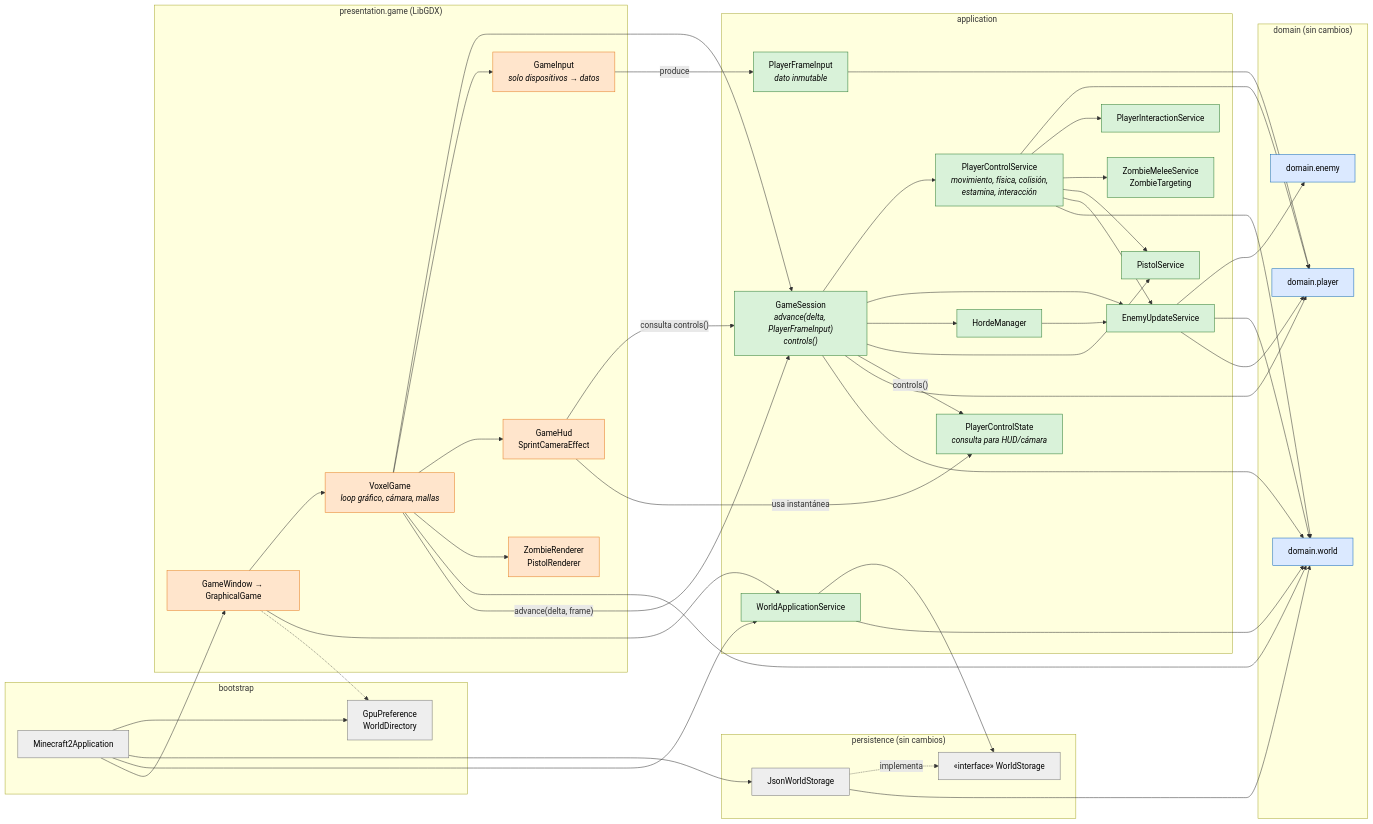
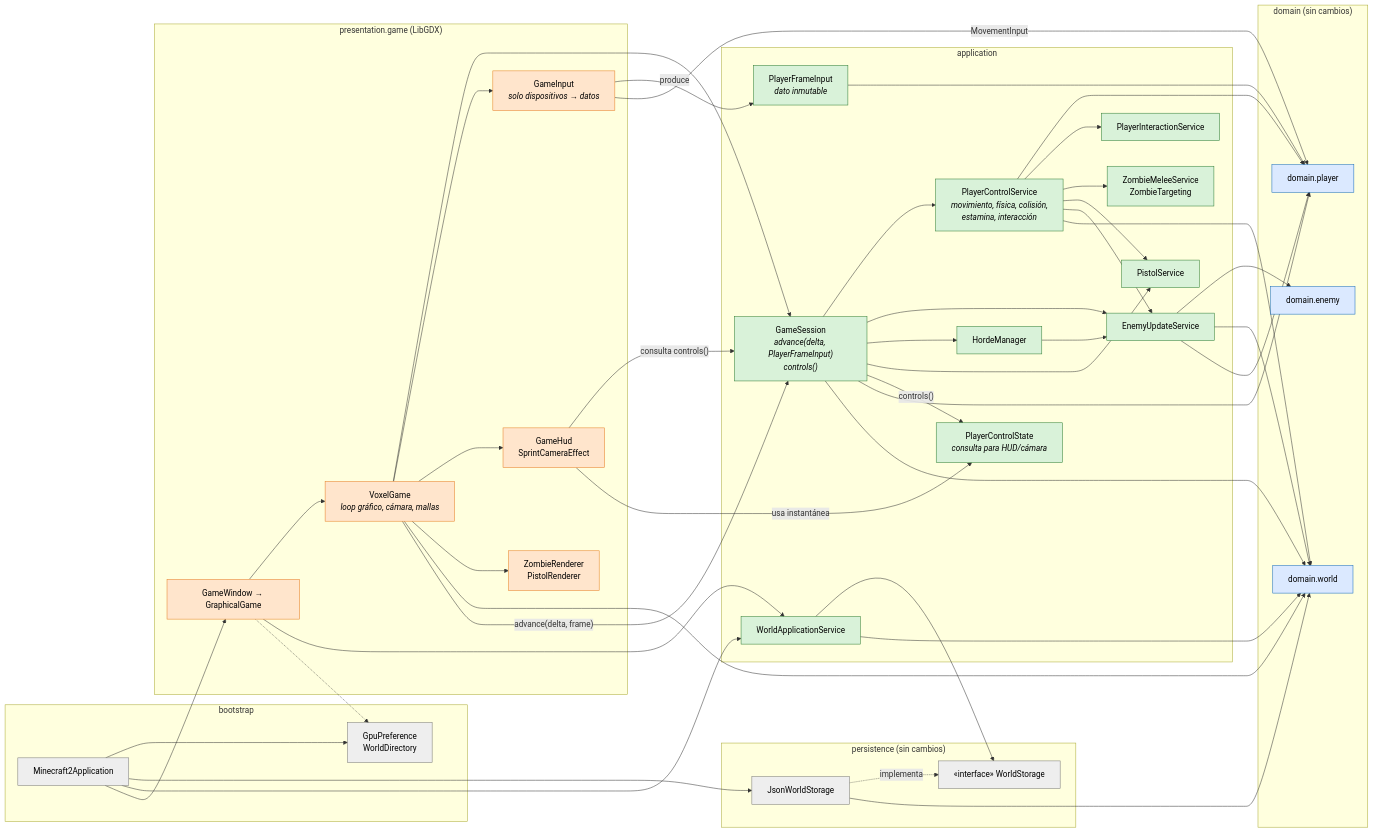
One commit to MarshallGomez1103/Mc2 changed the first of 2 diagrams in Minecraft2/docs/diagramas/recuperacion-c2/05-componentes-recuperacion.md. Above: the diagram before and after it, drawn with Mermaid. The commit also changed other lines of this file and 17 other files, not shown here.

````diff
--- a/Minecraft2/docs/diagramas/recuperacion-c2/05-componentes-recuperacion.md
+++ b/Minecraft2/docs/diagramas/recuperacion-c2/05-componentes-recuperacion.md
@@ -7,68 +7,69 @@
 ```mermaid
 flowchart LR
     subgraph boot["bootstrap"]
         main["Minecraft2Application"]
         gpu["GpuPreference<br/>WorldDirectory"]
     end
 
     subgraph pres["presentation.game (LibGDX)"]
         gui["GameWindow → GraphicalGame"]
         voxel["VoxelGame<br/><i>loop gráfico, cámara, mallas</i>"]
         input["GameInput<br/><i>solo dispositivos → datos</i>"]
         hud["GameHud<br/>SprintCameraEffect"]
         zr["ZombieRenderer<br/>PistolRenderer"]
     end
 
     subgraph app["application"]
         frame["PlayerFrameInput<br/><i>dato inmutable</i>"]
         session["GameSession<br/><i>advance(delta, PlayerFrameInput)<br/>controls()</i>"]
         control["PlayerControlService<br/><i>movimiento, física, colisión,<br/>estamina, interacción</i>"]
         cstate["PlayerControlState<br/><i>consulta para HUD/cámara</i>"]
         enemies["EnemyUpdateService"]
         horde["HordeManager"]
         pistol["PistolService"]
         melee["ZombieMeleeService<br/>ZombieTargeting"]
         inter["PlayerInteractionService"]
         wsvc["WorldApplicationService"]
     end
 
     subgraph dom["domain (sin cambios)"]
         enemy["domain.enemy"]
         player["domain.player"]
         world["domain.world"]
     end
 
     subgraph pers["persistence (sin cambios)"]
         storage["«interface» WorldStorage"]
         json["JsonWorldStorage"]
     end
 
     main --> gpu & json & wsvc & gui
     gui --> voxel & wsvc
     gui -.-> gpu
     voxel --> session & input & hud & zr & world
     input -- "produce" --> frame
+    input -- "MovementInput" --> player
     voxel -- "advance(delta, frame)" --> session
     hud -- "consulta controls()" --> session
     hud -- "usa instantánea" --> cstate
     session --> control & enemies & horde & pistol
     session -- "controls()" --> cstate
     control --> player & inter & melee & pistol & enemies & world
     frame --> player
     session --> player & world
     horde --> enemies
     enemies --> enemy & world & player
     wsvc --> storage & world
     json -. implementa .-> storage
     json --> world
 
     classDef d fill:#dbe9ff,stroke:#1168bd,color:#000
     classDef a fill:#d9f2d9,stroke:#2e7d32,color:#000
     classDef p fill:#ffe5cc,stroke:#e67e22,color:#000
     classDef g fill:#eeeeee,stroke:#777,color:#000
     class enemy,player,world d
     class frame,session,control,cstate,enemies,horde,pistol,melee,inter,wsvc a
     class gui,voxel,input,hud,zr p
     class main,gpu,storage,json g
 
 ```
````
